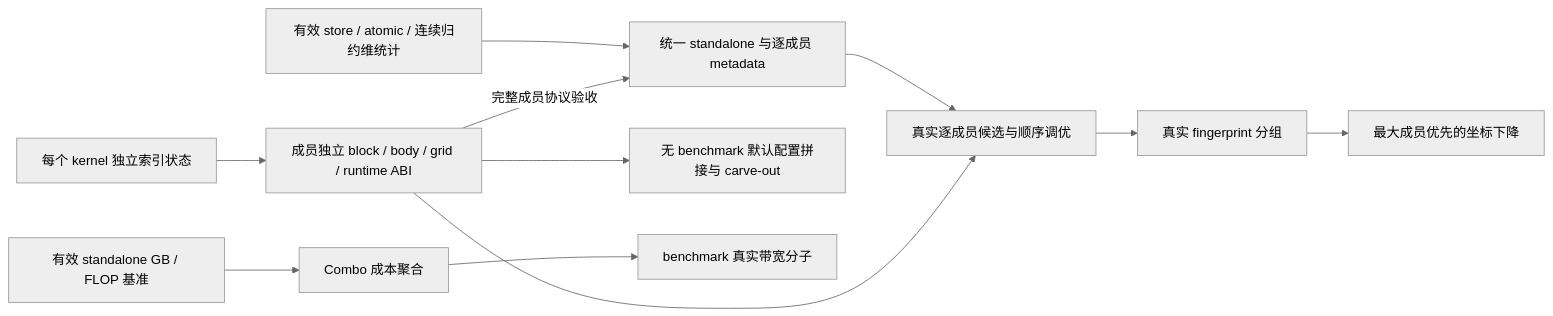
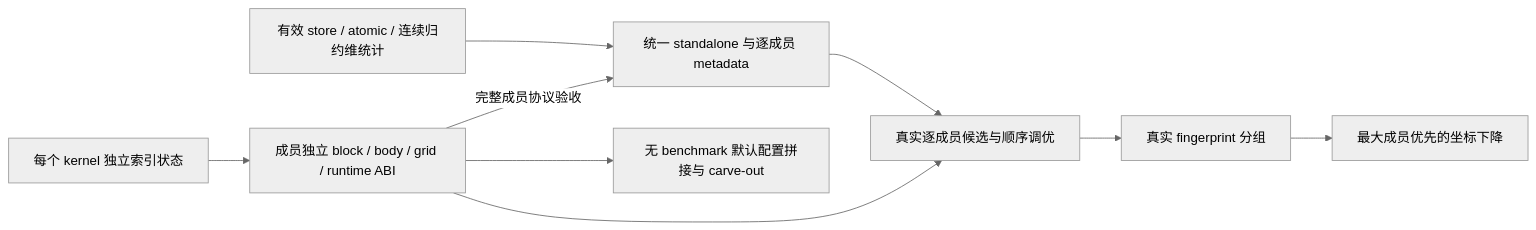
Before and after one commit to limbochao/torch-learn: the diagram in docs/notes/compiler/codegen/inductor-combo-tests-v2.13.md, drawn with Mermaid (neutral theme). The commit also changed other lines of this file and 42 other files, not shown here.

````diff
--- a/docs/notes/compiler/codegen/inductor-combo-tests-v2.13.md
+++ b/docs/notes/compiler/codegen/inductor-combo-tests-v2.13.md
@@ -187,13 +190,11 @@
 ```mermaid
 flowchart LR
     K[每个 kernel 独立索引状态] --> C
     A[有效 store / atomic / 连续归约维统计] --> B[统一 standalone 与逐成员 metadata]
     B --> D[真实逐成员候选与顺序调优]
     C[成员独立 block / body / grid / runtime ABI] --> D
     C -->|完整成员协议验收| B
     C --> E[无 benchmark 默认配置拼接与 carve-out]
     D --> F[真实 fingerprint 分组]
     F --> G[最大成员优先的坐标下降]
-    H[有效 standalone GB / FLOP 基准] --> I[Combo 成本聚合]
-    I --> J[benchmark 真实带宽分子]
 ```
````
